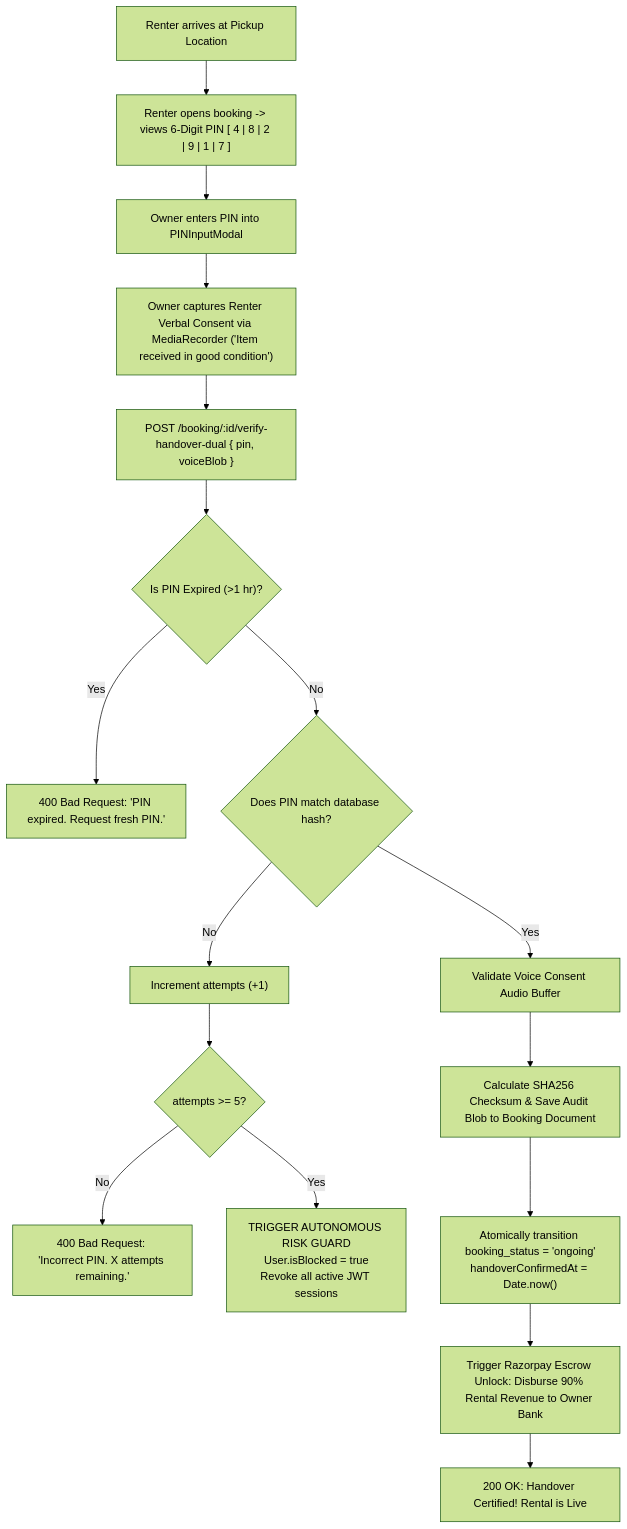
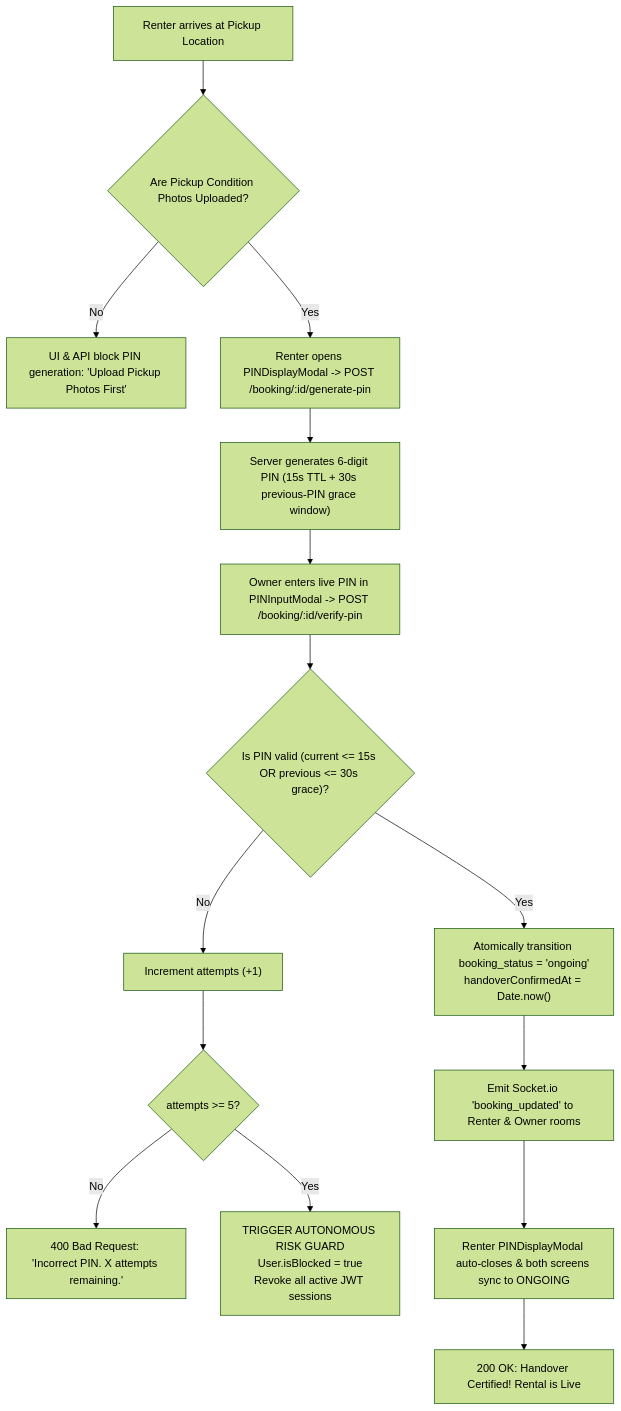
The fifth of 7 diagrams in interview.md (priyanshuraj20/Rentora), drawn with Mermaid (forest theme) before and after one commit. The commit also changed other lines of this file and 55 other files, not shown here.

````diff
--- a/interview.md
+++ b/interview.md
@@ -532,22 +529,19 @@
 ```mermaid
 flowchart TD
-    A["Renter arrives at Pickup Location"] --> B["Renter opens booking -> views 6-Digit PIN [ 4 | 8 | 2 | 9 | 1 | 7 ]"]
-    B --> C["Owner enters PIN into PINInputModal"]
-    C --> D["Owner captures Renter Verbal Consent via MediaRecorder ('Item received in good condition')"]
-    D --> E["POST /booking/:id/verify-handover-dual { pin, voiceBlob }"]
+    A["Renter arrives at Pickup Location"] --> B{"Are Pickup Condition Photos Uploaded?"}
+    B -- No --> C["UI & API block PIN generation: 'Upload Pickup Photos First'"]
+    B -- Yes --> D["Renter opens PINDisplayModal -> POST /booking/:id/generate-pin"]
+    D --> E["Server generates 6-digit PIN (15s TTL + 30s previous-PIN grace window)"]
+    E --> F["Owner enters live PIN in PINInputModal -> POST /booking/:id/verify-pin"]
     
-    E --> F{"Is PIN Expired (>1 hr)?"}
-    F -- Yes --> G["400 Bad Request: 'PIN expired. Request fresh PIN.'"]
+    F --> G{"Is PIN valid (current <= 15s OR previous <= 30s grace)?"}
+    G -- No --> H["Increment attempts (+1)"]
+    H --> I{"attempts >= 5?"}
+    I -- No --> J["400 Bad Request: 'Incorrect PIN. X attempts remaining.'"]
+    I -- Yes --> K["TRIGGER AUTONOMOUS RISK GUARD\nUser.isBlocked = true\nRevoke all active JWT sessions"]
     
-    F -- No --> H{"Does PIN match database hash?"}
-    H -- No --> I["Increment attempts (+1)"]
-    I --> J{"attempts >= 5?"}
-    J -- No --> K["400 Bad Request: 'Incorrect PIN. X attempts remaining.'"]
-    J -- Yes --> L["TRIGGER AUTONOMOUS RISK GUARD\nUser.isBlocked = true\nRevoke all active JWT sessions"]
-    
-    H -- Yes --> M["Validate Voice Consent Audio Buffer"]
-    M --> N["Calculate SHA256 Checksum & Save Audit Blob to Booking Document"]
-    N --> O["Atomically transition booking_status = 'ongoing'\nhandoverConfirmedAt = Date.now()"]
-    O --> P["Trigger Razorpay Escrow Unlock: Disburse 90% Rental Revenue to Owner Bank"]
-    P --> Q["200 OK: Handover Certified! Rental is Live"]
+    G -- Yes --> L["Atomically transition booking_status = 'ongoing'\nhandoverConfirmedAt = Date.now()"]
+    L --> M["Emit Socket.io 'booking_updated' to Renter & Owner rooms"]
+    M --> N["Renter PINDisplayModal auto-closes & both screens sync to ONGOING"]
+    N --> O["200 OK: Handover Certified! Rental is Live"]
 ```
````
